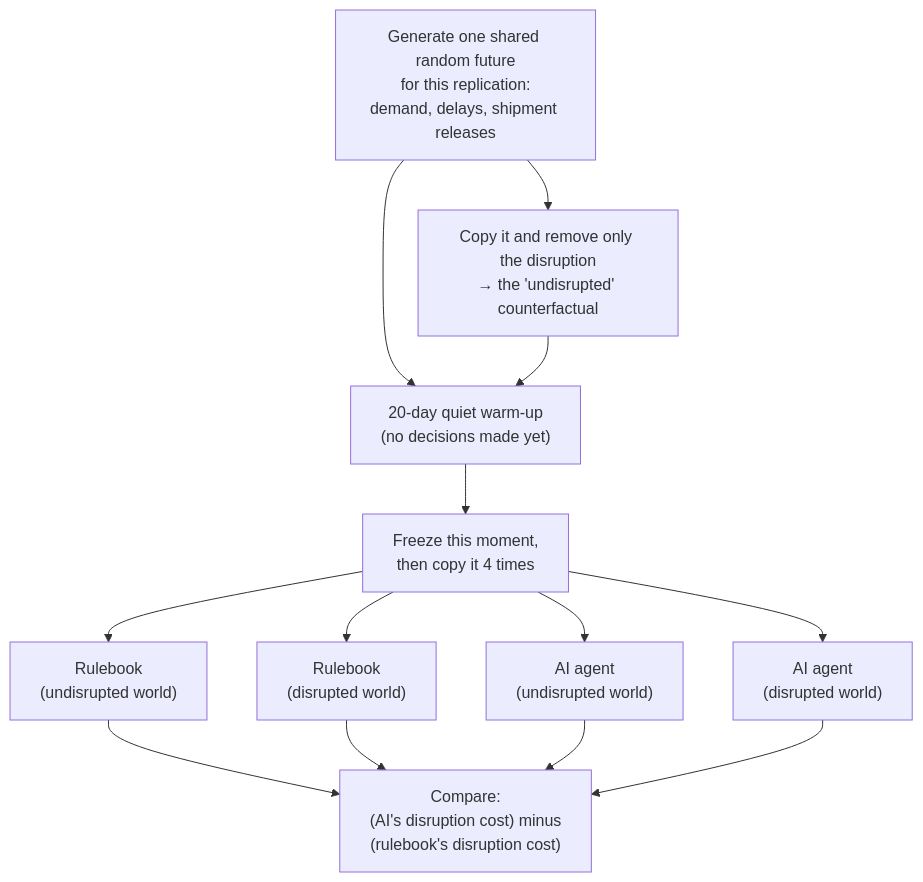
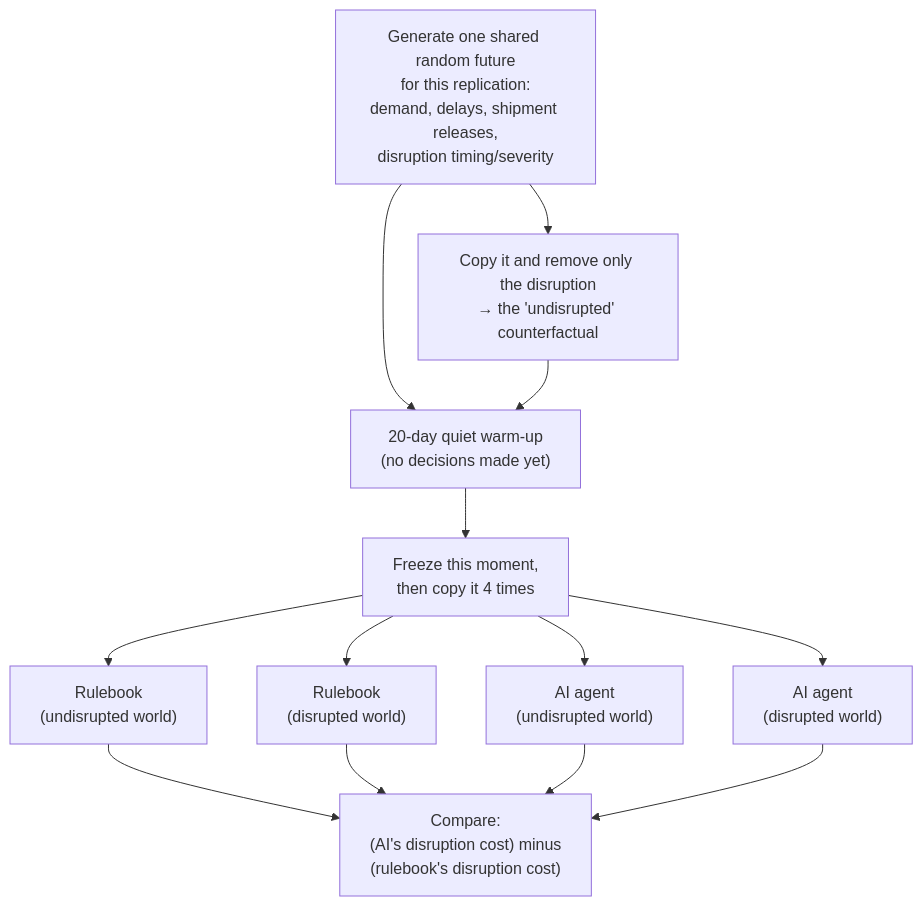
One commit to yassineerraji/ResearchStudy changed the second of 5 diagrams in README.md. Above: the diagram before and after it, drawn with Mermaid. The commit also changed other lines of this file, not shown here.

````diff
--- a/README.md
+++ b/README.md
@@ -76,15 +90,15 @@
 ```mermaid
 flowchart TD
-    S["Generate one shared random future<br/>for this replication:<br/>demand, delays, shipment releases"] --> U["Copy it and remove only the disruption<br/>→ the 'undisrupted' counterfactual"]
+    S["Generate one shared random future<br/>for this replication:<br/>demand, delays, shipment releases,<br/>disruption timing/severity"] --> U["Copy it and remove only the disruption<br/>→ the 'undisrupted' counterfactual"]
     S --> W["20-day quiet warm-up<br/>(no decisions made yet)"]
     U --> W
     W --> F["Freeze this moment,<br/>then copy it 4 times"]
     F --> B1["Rulebook<br/>(undisrupted world)"]
     F --> B2["Rulebook<br/>(disrupted world)"]
     F --> B3["AI agent<br/>(undisrupted world)"]
     F --> B4["AI agent<br/>(disrupted world)"]
     B1 --> R["Compare:<br/>(AI's disruption cost) minus<br/>(rulebook's disruption cost)"]
     B2 --> R
     B3 --> R
     B4 --> R
 ```
````
